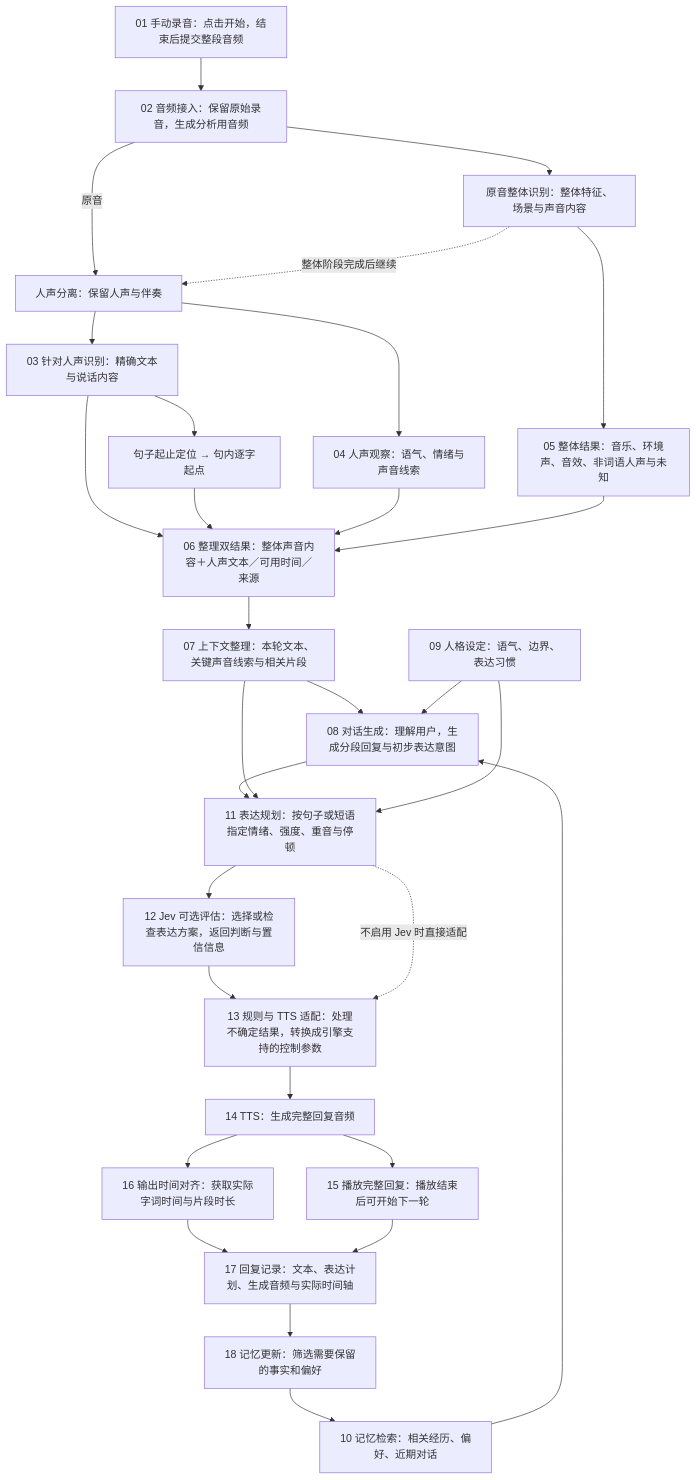
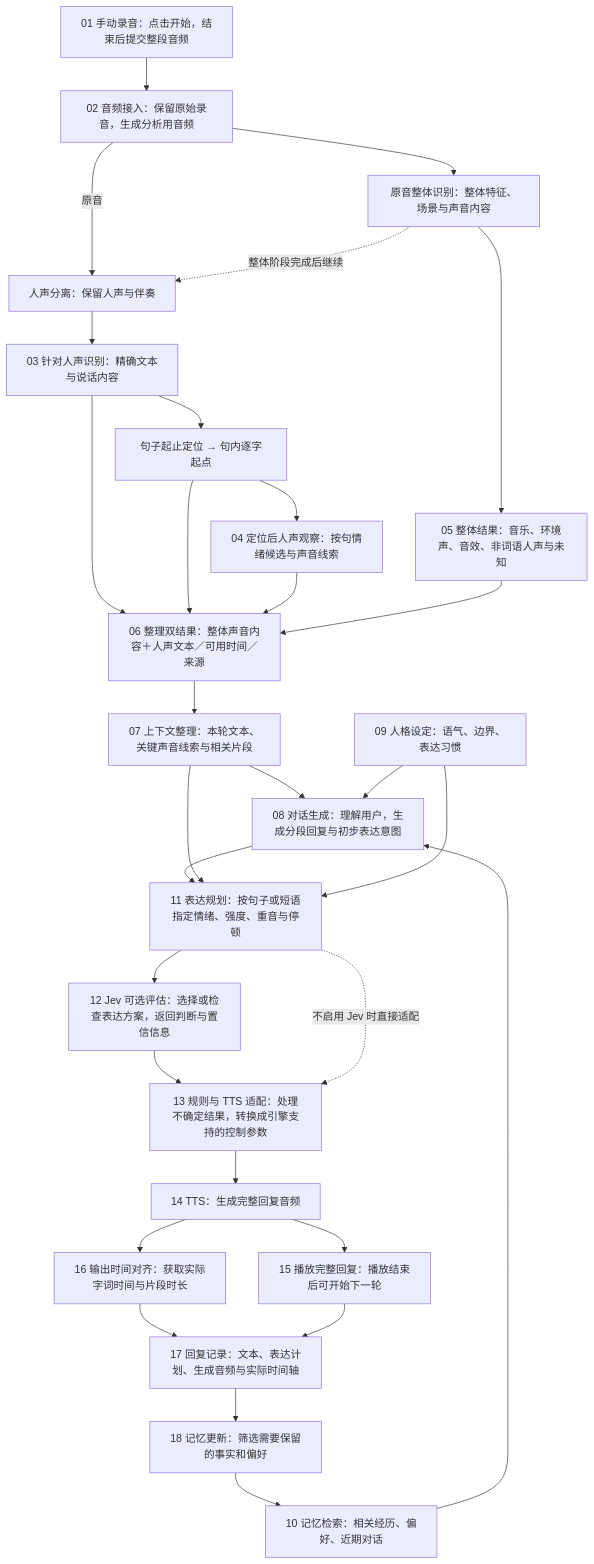
The first of 2 diagrams in voice-system-flow.md (pellx/mutsumi), drawn with Mermaid before and after one commit. The commit also changed other lines of this file, not shown here.

Commit message:
Order input emotion after sentence-local character starts in flow

````diff
--- a/voice-system-flow.md
+++ b/voice-system-flow.md
@@ -5,32 +5,32 @@
 ```mermaid
 flowchart TD
     A01["01 手动录音：点击开始，结束后提交整段音频"] --> A02["02 音频接入：保留原始录音，生成分析用音频"]
     A02 --> A20["原音整体识别：整体特征、场景与声音内容"]
     A20 --> A05["05 整体结果：音乐、环境声、音效、非词语人声与未知"]
     A02 -->|原音| A21["人声分离：保留人声与伴奏"]
     A20 -. "整体阶段完成后继续" .-> A21
     A21 --> A03["03 针对人声识别：精确文本与说话内容"]
-    A21 --> A04["04 人声观察：语气、情绪与声音线索"]
+    A22 --> A04["04 定位后人声观察：按句情绪候选与声音线索"]
     A03 --> A22["句子起止定位 → 句内逐字起点"]
     A03 --> A06["06 整理双结果：整体声音内容＋人声文本／可用时间／来源"]
     A22 --> A06
     A04 --> A06
     A05 --> A06
     A06 --> A07["07 上下文整理：本轮文本、关键声音线索与相关片段"]
     A07 --> A08["08 对话生成：理解用户，生成分段回复与初步表达意图"]
     M01["09 人格设定：语气、边界、表达习惯"] --> A08
     M02["10 记忆检索：相关经历、偏好、近期对话"] --> A08
     A08 --> A09["11 表达规划：按句子或短语指定情绪、强度、重音与停顿"]
     A07 --> A09
     M01 --> A09
     A09 --> A10["12 Jev 可选评估：选择或检查表达方案，返回判断与置信信息"]
     A10 --> A11["13 规则与 TTS 适配：处理不确定结果，转换成引擎支持的控制参数"]
     A09 -. "不启用 Jev 时直接适配" .-> A11
     A11 --> A12["14 TTS：生成完整回复音频"]
     A12 --> A13["15 播放完整回复：播放结束后可开始下一轮"]
     A12 --> A14["16 输出时间对齐：获取实际字词时间与片段时长"]
     A14 --> A15["17 回复记录：文本、表达计划、生成音频与实际时间轴"]
     A13 --> A15
     A15 --> M03["18 记忆更新：筛选需要保留的事实和偏好"]
     M03 --> M02
 ```
````
